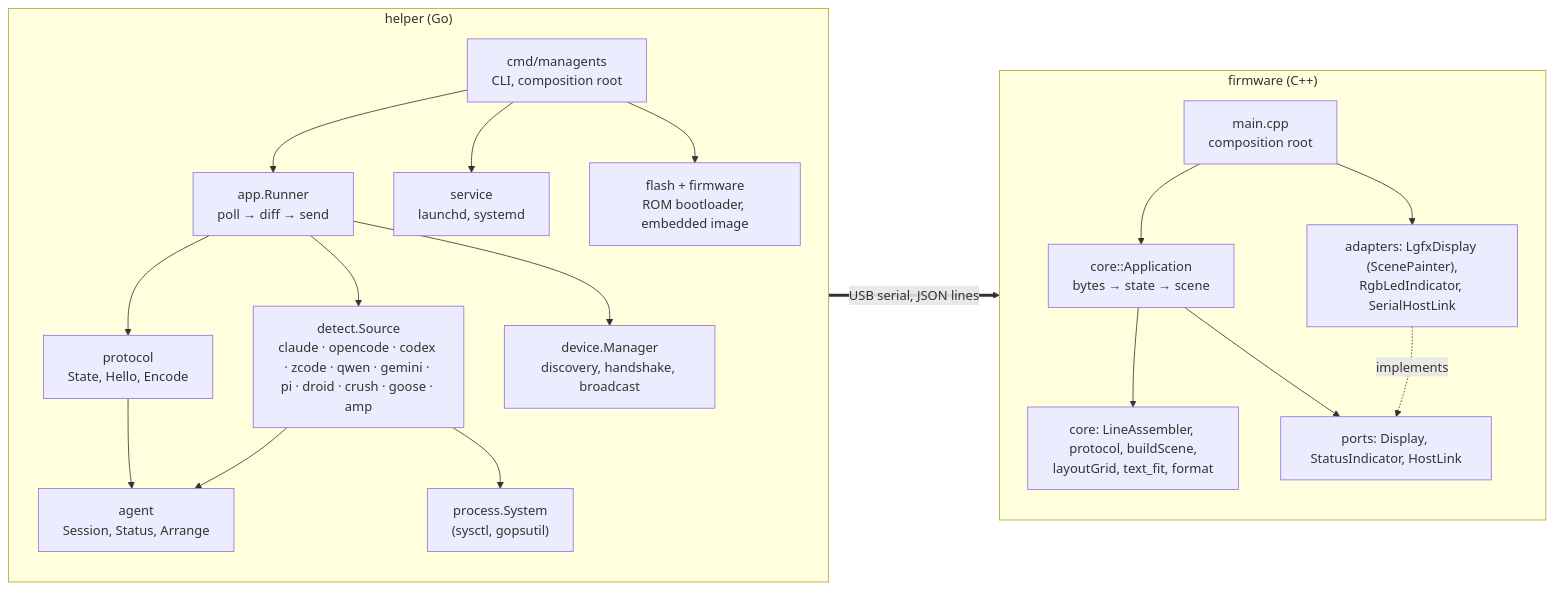
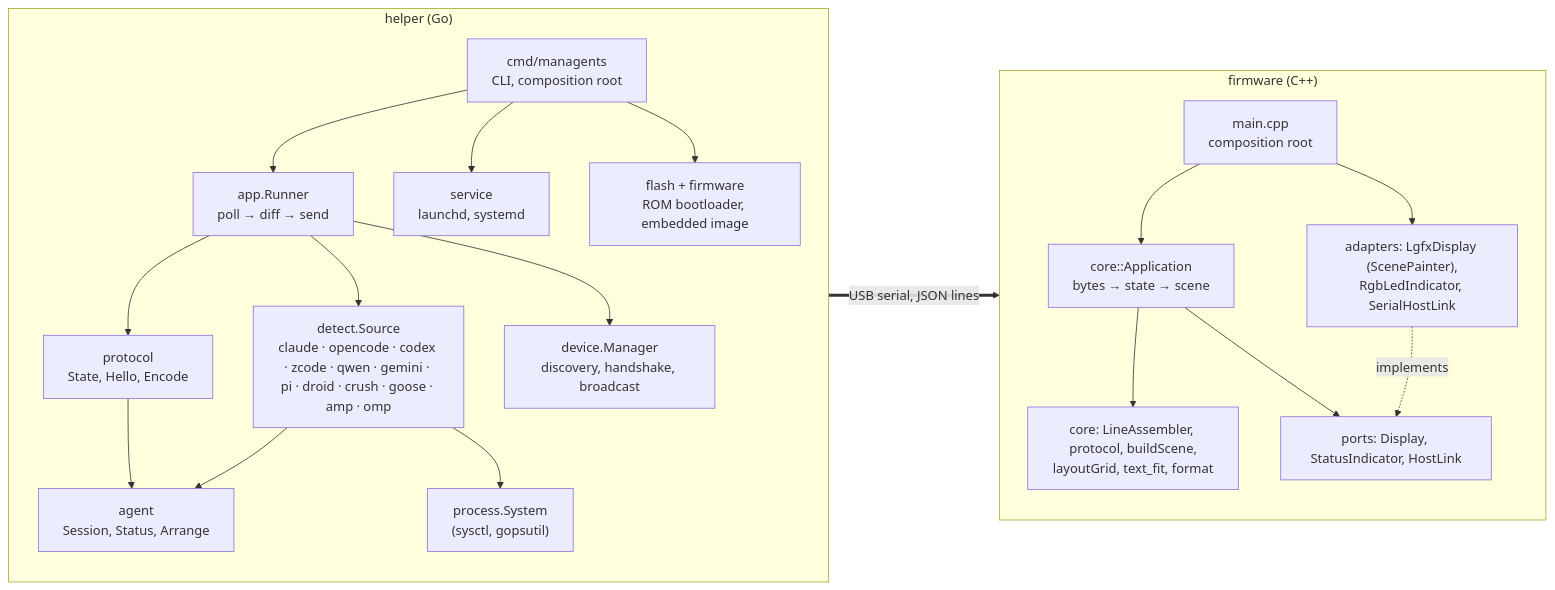
One commit to tonylook/managents changed the first of 2 diagrams in docs/architecture.md. Above: the diagram before and after it, drawn with Mermaid. The commit also changed other lines of this file and 10 other files, not shown here.

````diff
--- a/docs/architecture.md
+++ b/docs/architecture.md
@@ -12,31 +12,31 @@
 ```mermaid
 flowchart LR
     subgraph helper["helper (Go)"]
         direction TB
         cmd["cmd/managents<br/>CLI, composition root"]
         appr["app.Runner<br/>poll → diff → send"]
-        detect["detect.Source<br/>claude · opencode · codex · zcode · qwen · gemini · pi · droid · crush · goose · amp"]
+        detect["detect.Source<br/>claude · opencode · codex · zcode · qwen · gemini · pi · droid · crush · goose · amp · omp"]
         agentd["agent<br/>Session, Status, Arrange"]
         proto["protocol<br/>State, Hello, Encode"]
         device["device.Manager<br/>discovery, handshake, broadcast"]
         procs["process.System<br/>(sysctl, gopsutil)"]
         svc["service<br/>launchd, systemd"]
         flash["flash + firmware<br/>ROM bootloader, embedded image"]
         cmd --> appr & svc & flash
         appr --> detect & proto & device
         detect --> agentd & procs
         proto --> agentd
     end
     subgraph firmware["firmware (C++)"]
         direction TB
         main["main.cpp<br/>composition root"]
         appc["core::Application<br/>bytes → state → scene"]
         corep["core: LineAssembler, protocol, buildScene,<br/>layoutGrid, text_fit, format"]
         ports["ports: Display, StatusIndicator, HostLink"]
         adapters["adapters: LgfxDisplay (ScenePainter),<br/>RgbLedIndicator, SerialHostLink"]
         main --> appc & adapters
         appc --> corep & ports
         adapters -. implements .-> ports
     end
     device == "USB serial, JSON lines" ==> main
 ```
````
